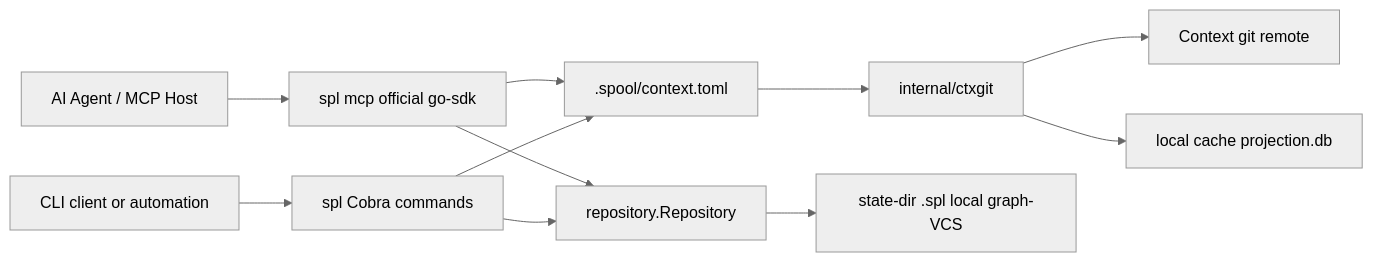
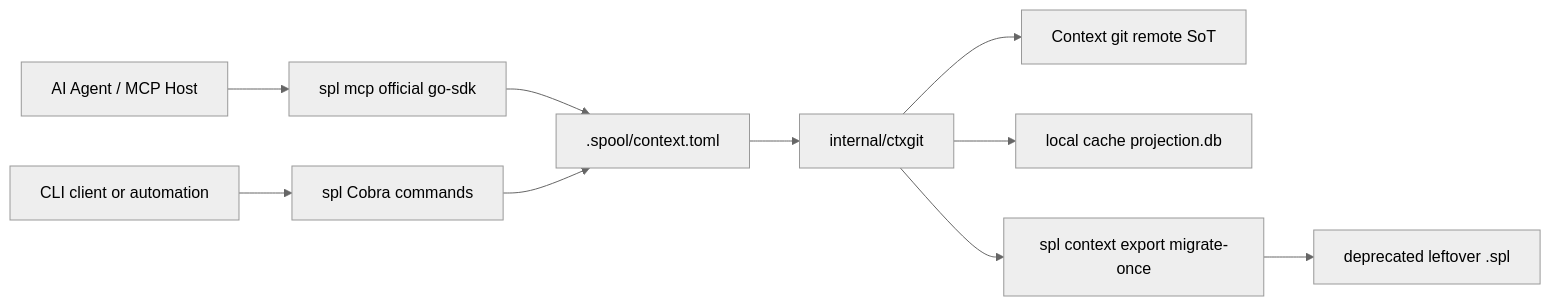
The diagram in docs/architecture.md (autonomous-bits/spool), drawn with Mermaid (neutral theme) before and after one commit. The commit also changed other lines of this file and 34 other files, not shown here.

````diff
--- a/docs/architecture.md
+++ b/docs/architecture.md
@@ -28,13 +30,12 @@
 ```mermaid
 flowchart LR
     Agent[AI Agent / MCP Host] --> MCP[spl mcp official go-sdk]
     Client[CLI client or automation] --> CLI[spl Cobra commands]
     MCP --> Bind[".spool/context.toml"]
     CLI --> Bind
     Bind --> CtxGit[internal/ctxgit]
-    CtxGit --> GitRemote[Context git remote]
+    CtxGit --> GitRemote["Context git remote SoT"]
     CtxGit --> Projection["local cache projection.db"]
-    MCP --> Repository[repository.Repository]
-    CLI --> Repository
-    Repository --> State["state-dir .spl local graph-VCS"]
+    CtxGit --> Export["spl context export migrate-once"]
+    Export --> Legacy["deprecated leftover .spl"]
 ```
````
